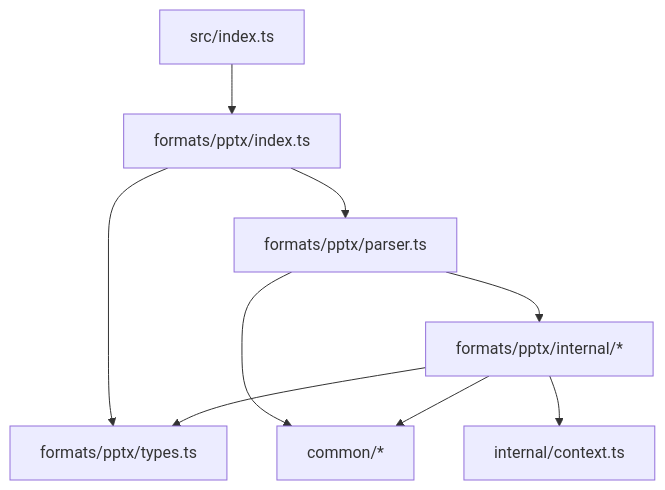
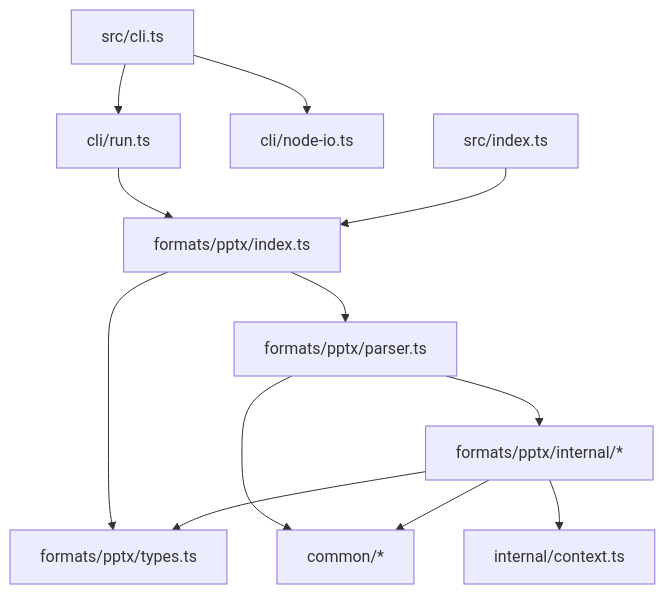
One commit to evoelsewhere/oakit changed the second of 4 diagrams in docs/architecture.md. Above: the diagram before and after it, drawn with Mermaid. The commit also changed other lines of this file and 3 other files, not shown here.

````diff
--- a/docs/architecture.md
+++ b/docs/architecture.md
@@ -124,11 +135,14 @@
 ```mermaid
 flowchart TD
+    CLI["src/cli.ts"] --> CliRun["cli/run.ts"]
+    CLI --> NodeIO["cli/node-io.ts"]
+    CliRun --> FormatAPI
     Root["src/index.ts"] --> FormatAPI["formats/pptx/index.ts"]
     FormatAPI --> Types["formats/pptx/types.ts"]
     FormatAPI --> Parser["formats/pptx/parser.ts"]
     Parser --> Internals["formats/pptx/internal/*"]
     Parser --> Common["common/*"]
     Internals --> Types
     Internals --> Common
     Internals --> Context["internal/context.ts"]
 ```
````
